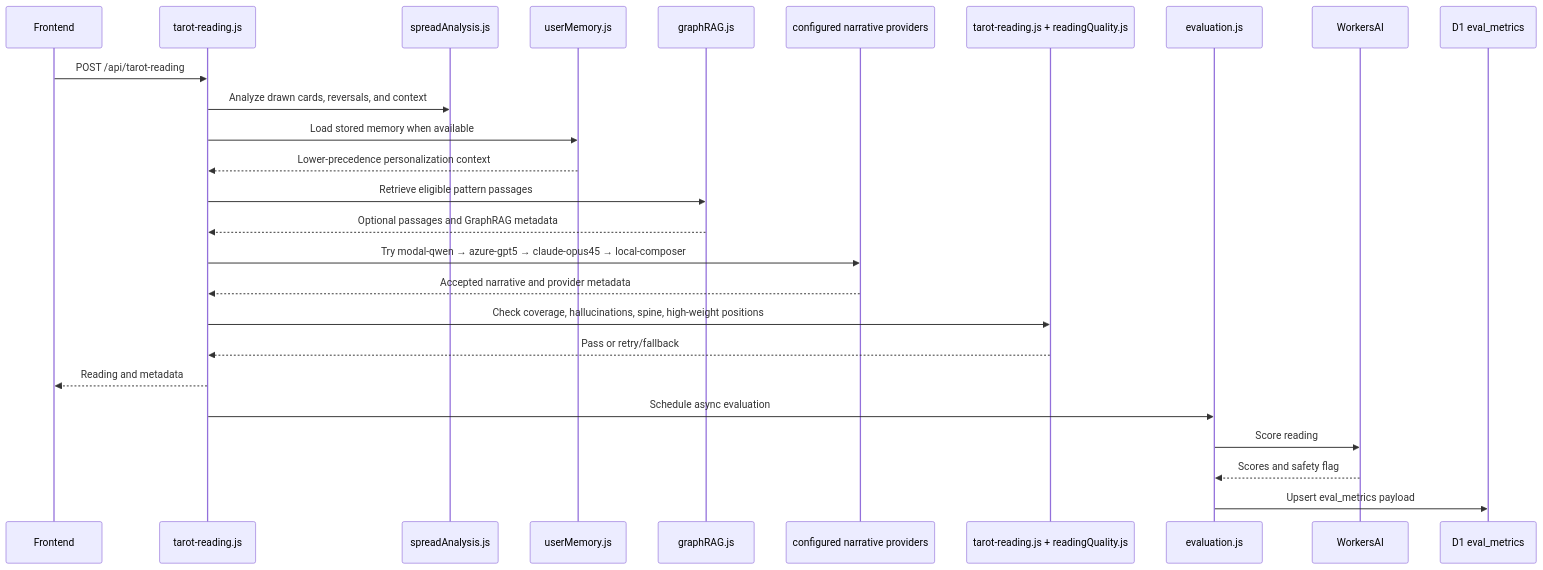
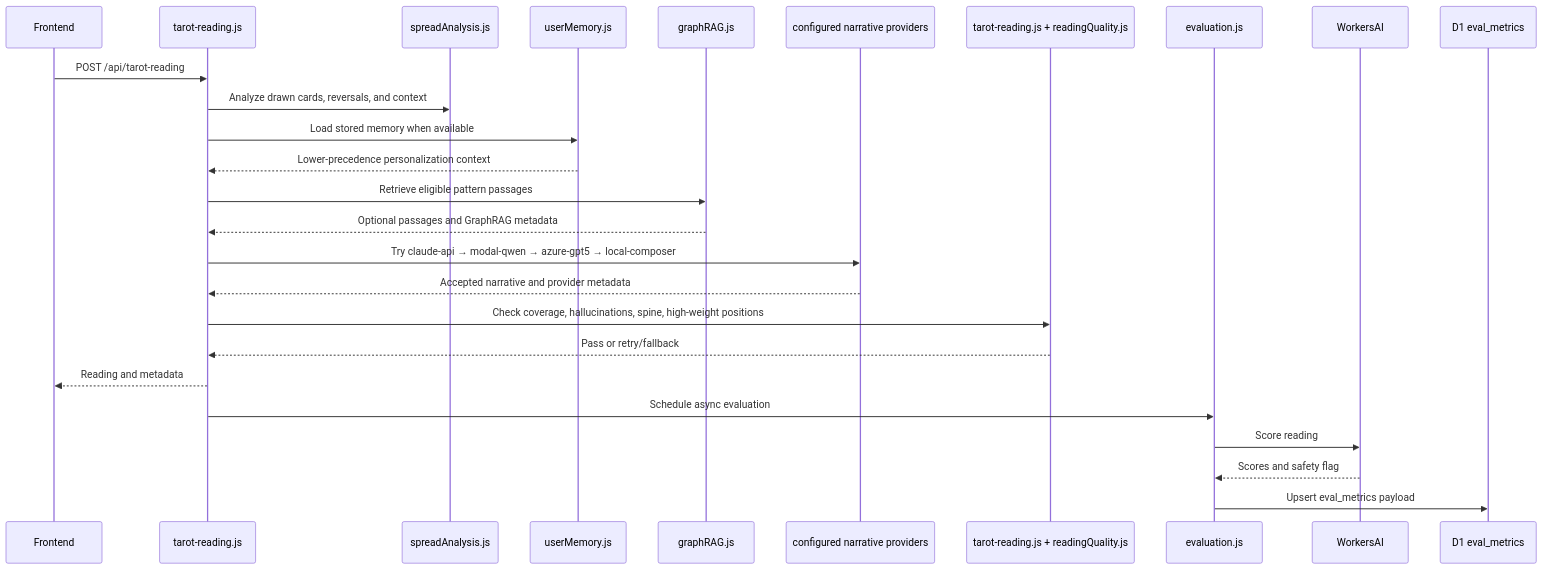
One commit to henryperkins/tarot changed the ninth of 17 diagrams in docs/architecture/full-system-diagrams.md. Above: the diagram before and after it, drawn with Mermaid. The commit also changed other lines of this file and 34 other files, not shown here.

First line of the commit message:
feat: serve readings and text from Claude Opus 5.5 through the Anthropic API

````diff
--- a/docs/architecture/full-system-diagrams.md
+++ b/docs/architecture/full-system-diagrams.md
@@ -527,29 +527,29 @@
 ```mermaid
 sequenceDiagram
     participant Frontend
     participant ReadingAPI as tarot-reading.js
     participant Analysis as spreadAnalysis.js
     participant Memory as userMemory.js
     participant GraphRAG as graphRAG.js
     participant Provider as configured narrative providers
     participant Gate as tarot-reading.js + readingQuality.js
     participant Evaluation as evaluation.js
     participant WorkersAI
     participant D1 as D1 eval_metrics
 
     Frontend->>ReadingAPI: POST /api/tarot-reading
     ReadingAPI->>Analysis: Analyze drawn cards, reversals, and context
     ReadingAPI->>Memory: Load stored memory when available
     Memory-->>ReadingAPI: Lower-precedence personalization context
     ReadingAPI->>GraphRAG: Retrieve eligible pattern passages
     GraphRAG-->>ReadingAPI: Optional passages and GraphRAG metadata
-    ReadingAPI->>Provider: Try modal-qwen → azure-gpt5 → claude-opus45 → local-composer
+    ReadingAPI->>Provider: Try claude-api → modal-qwen → azure-gpt5 → local-composer
     Provider-->>ReadingAPI: Accepted narrative and provider metadata
     ReadingAPI->>Gate: Check coverage, hallucinations, spine, high-weight positions
     Gate-->>ReadingAPI: Pass or retry/fallback
     ReadingAPI-->>Frontend: Reading and metadata
     ReadingAPI->>Evaluation: Schedule async evaluation
     Evaluation->>WorkersAI: Score reading
     WorkersAI-->>Evaluation: Scores and safety flag
     Evaluation->>D1: Upsert eval_metrics payload
 ```
````
